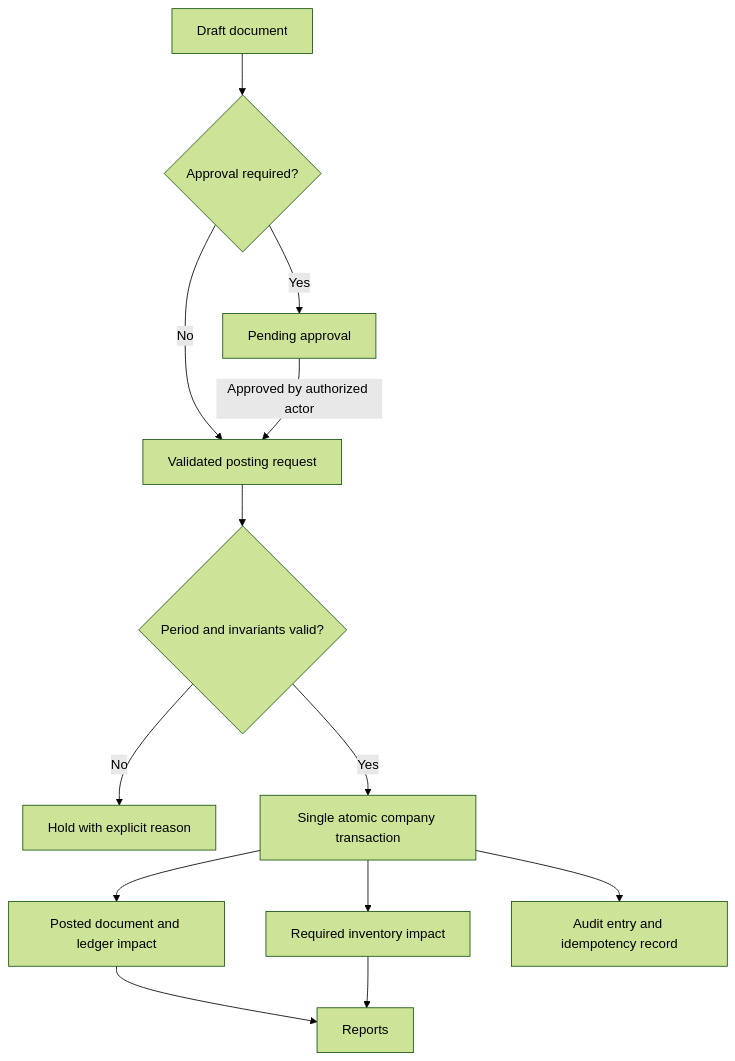
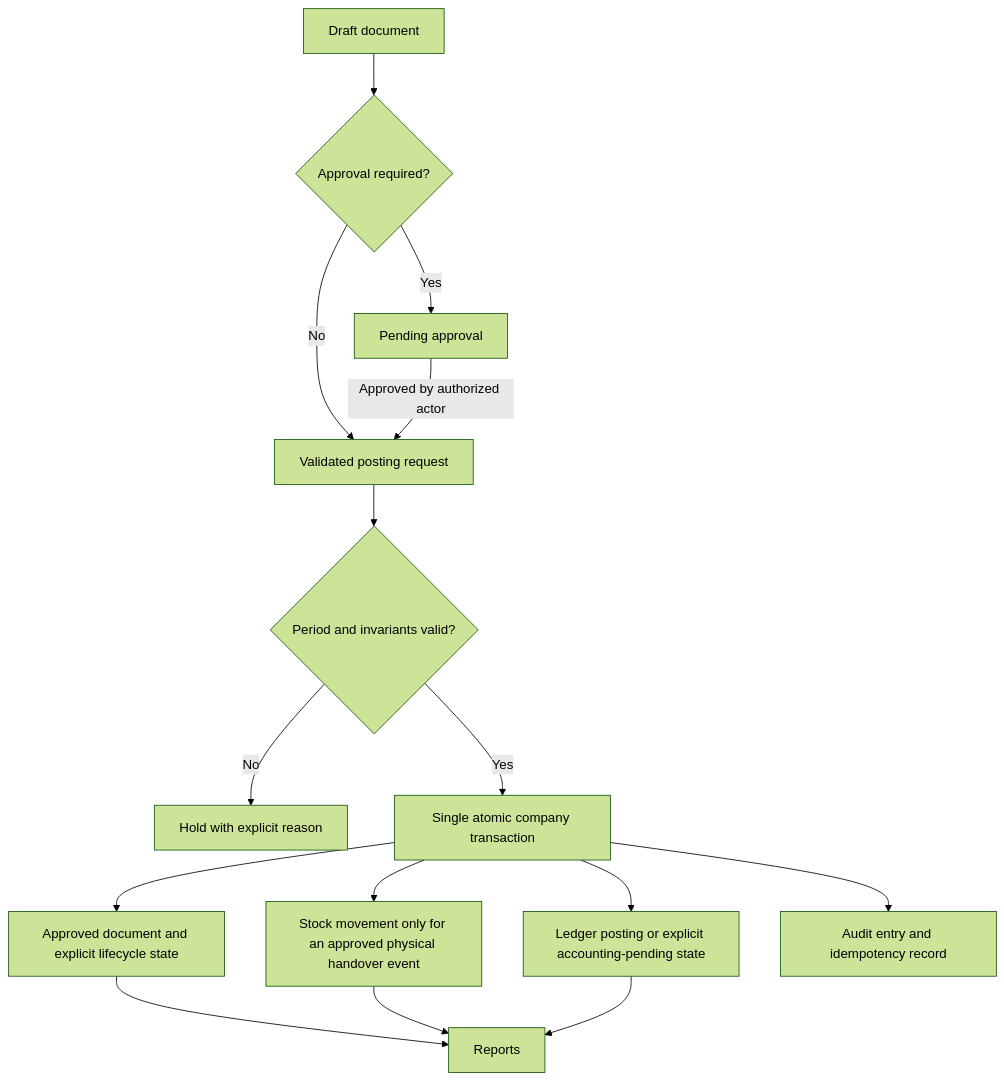
Before and after one commit to salem2020s/hasm: the second of 2 diagrams in docs/ARCHITECTURE.md, drawn with Mermaid (forest theme). The commit also changed other lines of this file and 2 other files, not shown here.

````diff
--- a/docs/ARCHITECTURE.md
+++ b/docs/ARCHITECTURE.md
@@ -114,15 +114,17 @@
 ```mermaid
 flowchart TD
     A[Draft document] --> B{Approval required?}
     B -->|Yes| C[Pending approval]
     B -->|No| D[Validated posting request]
     C -->|Approved by authorized actor| D
     D --> E{Period and invariants valid?}
     E -->|No| F[Hold with explicit reason]
     E -->|Yes| G[Single atomic company transaction]
-    G --> H[Posted document and ledger impact]
-    G --> I[Required inventory impact]
-    G --> J[Audit entry and idempotency record]
+    G --> H[Approved document and explicit lifecycle state]
+    G --> I[Stock movement only for an approved physical handover event]
+    G --> J[Ledger posting or explicit accounting-pending state]
+    G --> L[Audit entry and idempotency record]
     H --> K[Reports]
     I --> K
+    J --> K
 ```
````
